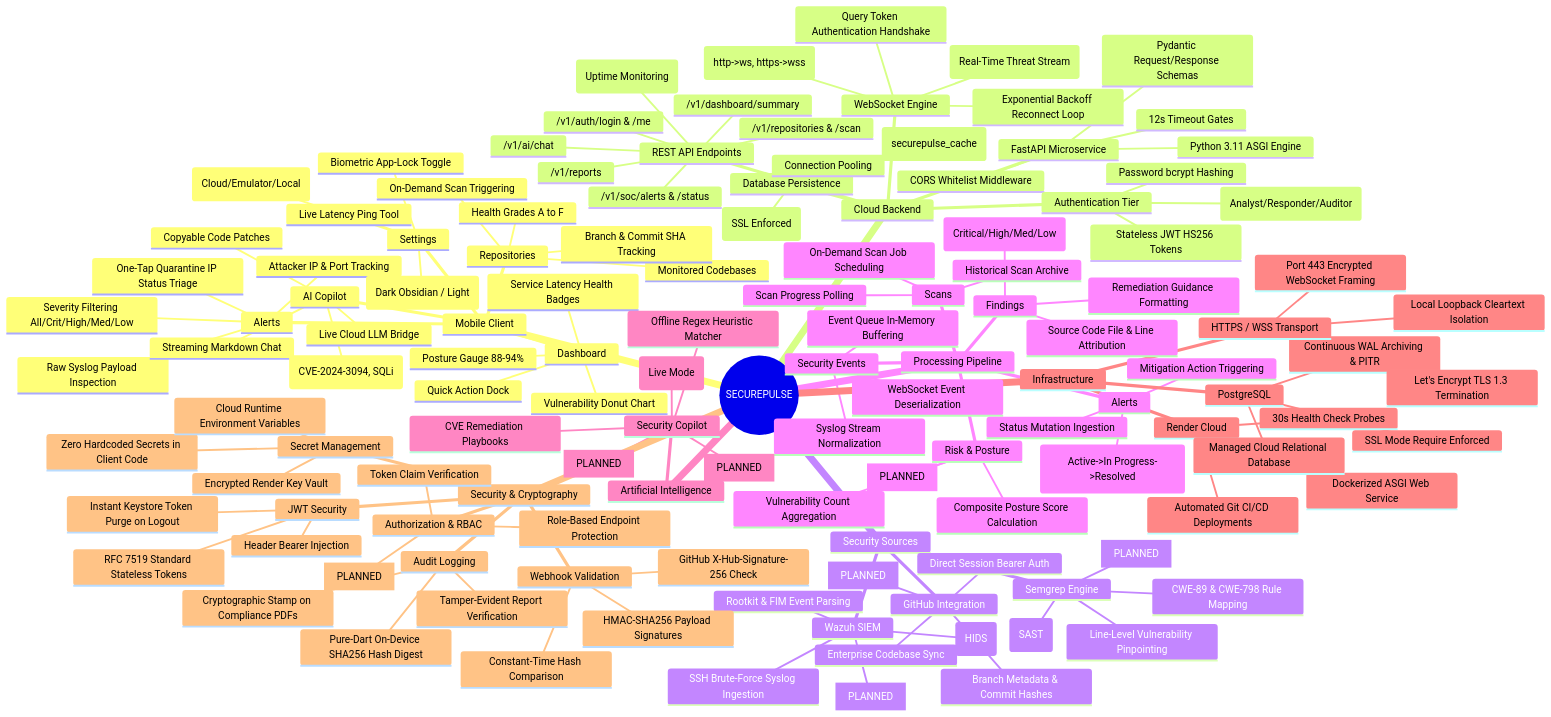
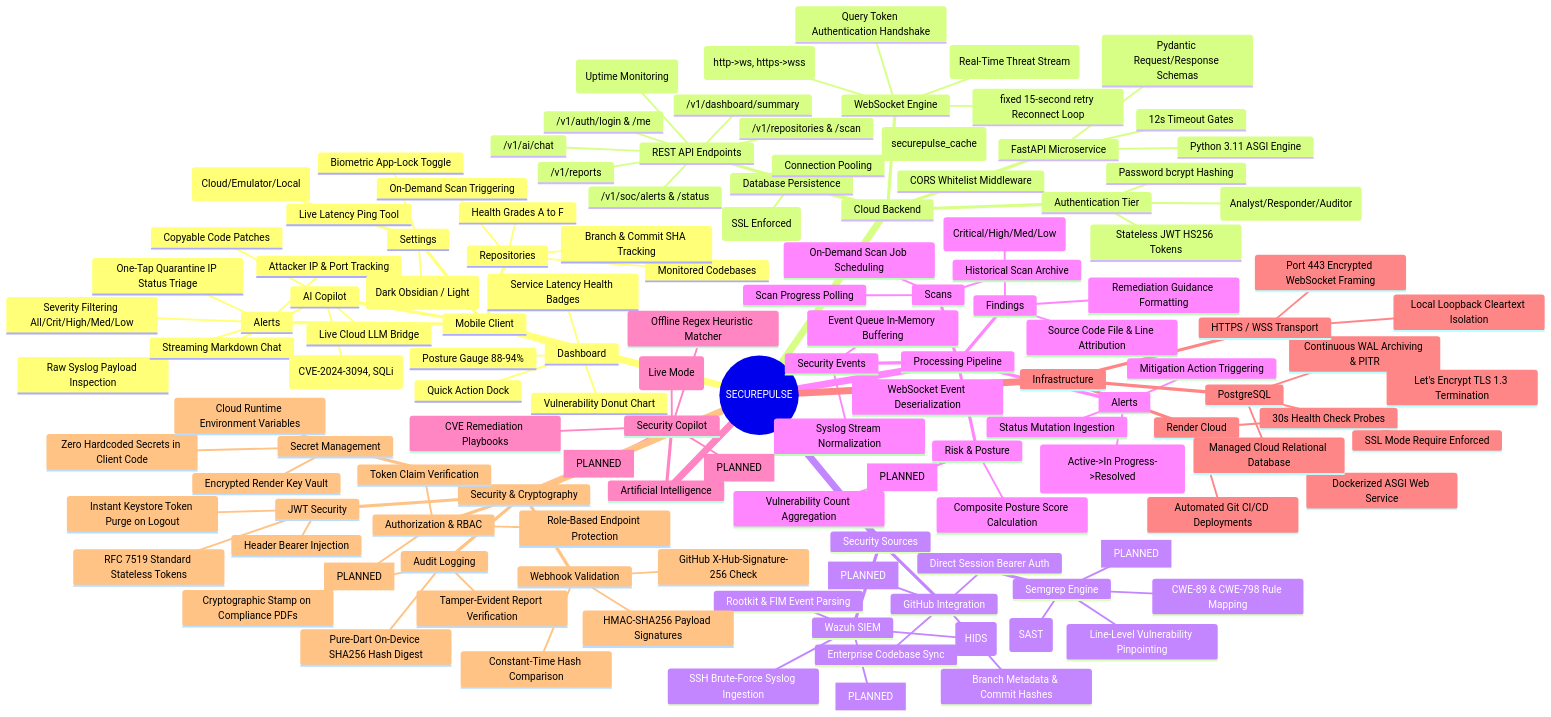
The first of 2 diagrams in docs/MINDMAP.md (NATTOMR/secureguard-mobile), drawn with Mermaid before and after one commit. The commit also changed other lines of this file and 11 other files, not shown here.

```diff
--- a/docs/MINDMAP.md
+++ b/docs/MINDMAP.md
@@ -53,7 +53,7 @@
         /ws/alerts (Real-Time Threat Stream)
         Dynamic Scheme Conversion (http->ws, https->wss)
         Query Token Authentication Handshake
-        Exponential Backoff Reconnect Loop
+        fixed 15-second retry Reconnect Loop
       Authentication Tier
         Stateless JWT HS256 Tokens
         Password bcrypt Hashing
```
